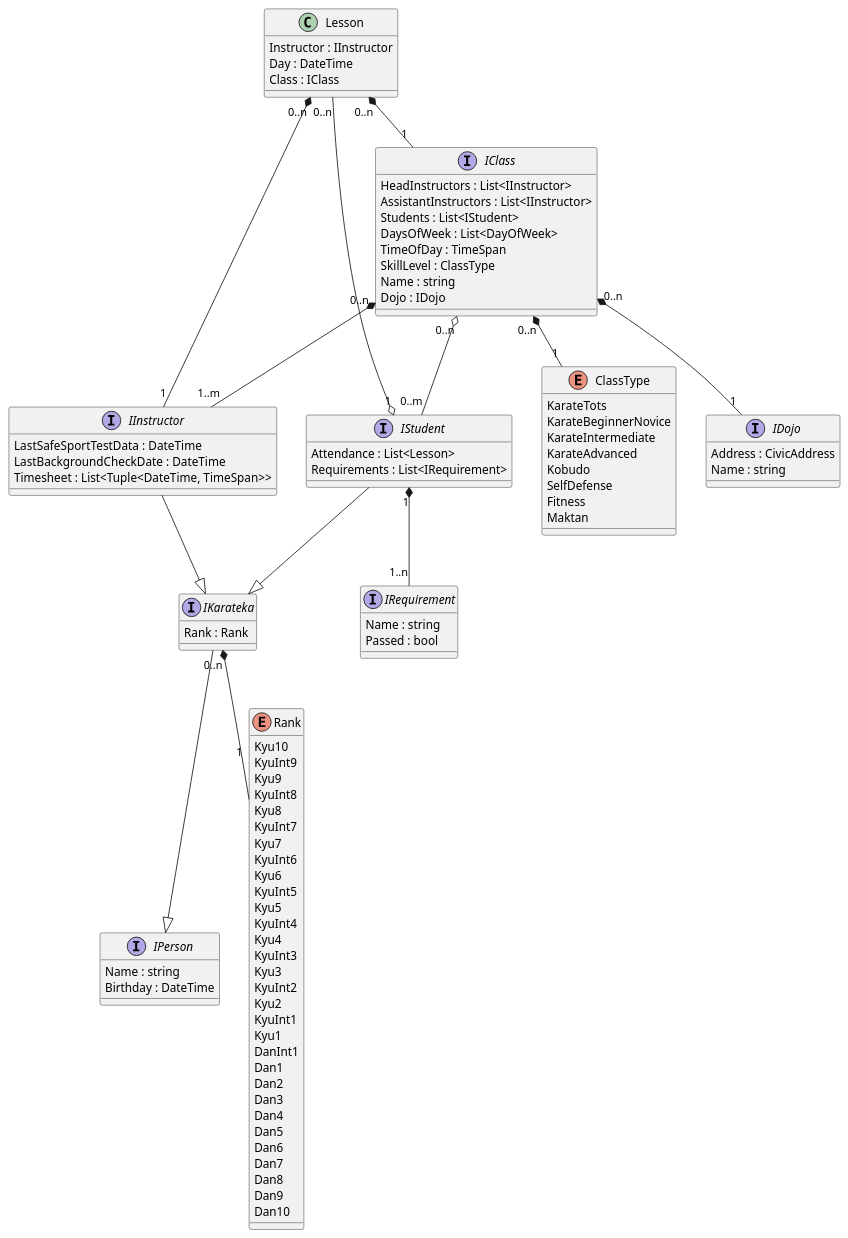
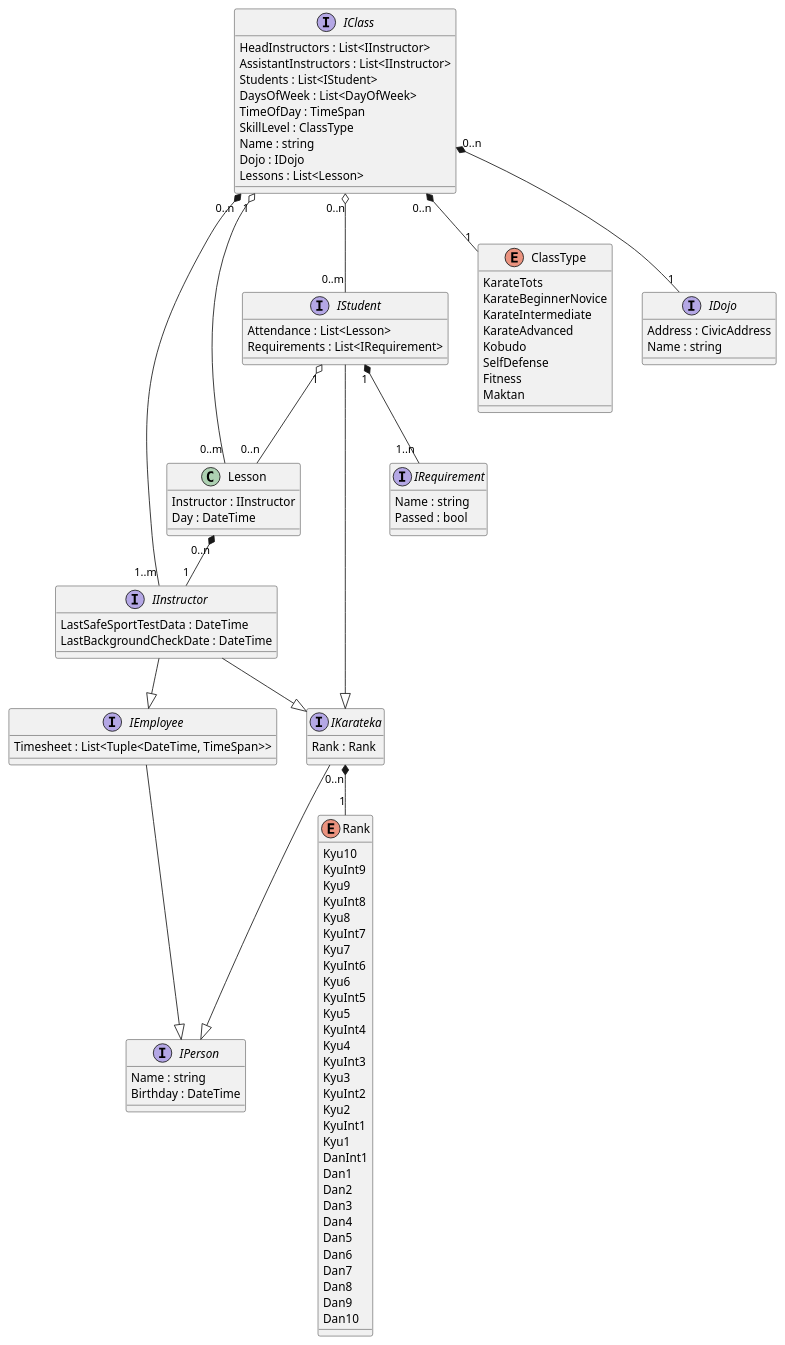
The diagram in Uml/BmaBackstageModel.plantuml (lavinrp/BmaBackstage), drawn with PlantUML before and after one commit.

Commit message:
i6 - IClass tracks lessons. added IEmployee.

```diff
--- a/Uml/BmaBackstageModel.plantuml
+++ b/Uml/BmaBackstageModel.plantuml
@@ -1,122 +1,129 @@
 @startuml
 
 interface IPerson
 {
     Name : string
     Birthday : DateTime
 }
 
 enum Rank 
 {
     Kyu10
     KyuInt9
     Kyu9
     KyuInt8
     Kyu8
     KyuInt7
     Kyu7
     KyuInt6
     Kyu6
     KyuInt5
     Kyu5
     KyuInt4
     Kyu4
     KyuInt3
     Kyu3
     KyuInt2
     Kyu2
     KyuInt1
     Kyu1
     DanInt1
     Dan1
     Dan2
     Dan3
     Dan4
     Dan5
     Dan6
     Dan7
     Dan8
     Dan9
     Dan10
 }
 
 interface IKarateka
 {
     Rank : Rank 
 }
 
+interface IEmployee
+{
+    Timesheet : List<Tuple<DateTime, TimeSpan>>
+}
+
 interface IInstructor
 {
     LastSafeSportTestData : DateTime
     LastBackgroundCheckDate : DateTime
-    Timesheet : List<Tuple<DateTime, TimeSpan>>
 }
 
 class Lesson
 {
     Instructor : IInstructor
     Day : DateTime
-    Class : IClass
 }
 
 interface IRequirement
 {
     Name : string
     Passed : bool
 }
 
 
 interface IStudent
 {
     Attendance : List<Lesson>
     Requirements : List<IRequirement>
 }
 
 enum ClassType
 {
     KarateTots
     KarateBeginnerNovice
     KarateIntermediate
     KarateAdvanced
     Kobudo
     SelfDefense
     Fitness
     Maktan
 }
 
 interface IDojo
 {
     Address : CivicAddress
     Name : string
 }
 
 interface IClass
 {
     HeadInstructors : List<IInstructor>
     AssistantInstructors : List<IInstructor>
     Students : List<IStudent>
     DaysOfWeek : List<DayOfWeek>
     TimeOfDay : TimeSpan
     SkillLevel : ClassType
     Name : string
     Dojo : IDojo
+    Lessons : List<Lesson>
 }
+
+IEmployee --|> IPerson
 
 IKarateka --|> IPerson
 IKarateka "0..n" *-- "1" Rank
 
 IInstructor --|> IKarateka
+IInstructor --|> IEmployee
 
 IStudent --|> IKarateka
 IStudent "1" o-- "0..n" Lesson
 IStudent "1" *-- "1..n" IRequirement
 
 IClass "0..n" *-- "1..m" IInstructor
 IClass "0..n" o-- "0..m" IStudent
 IClass "0..n" *-- "1" IDojo
 IClass "0..n" *-- "1" ClassType
+IClass "1" o-- "0..m" Lesson
 
-Lesson "0..n" *-- "1" IClass
 Lesson "0..n" *-- "1" IInstructor
 
 @enduml
```
